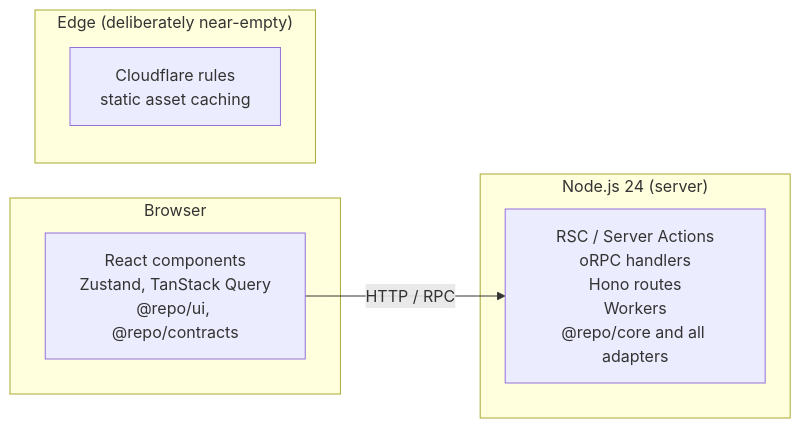
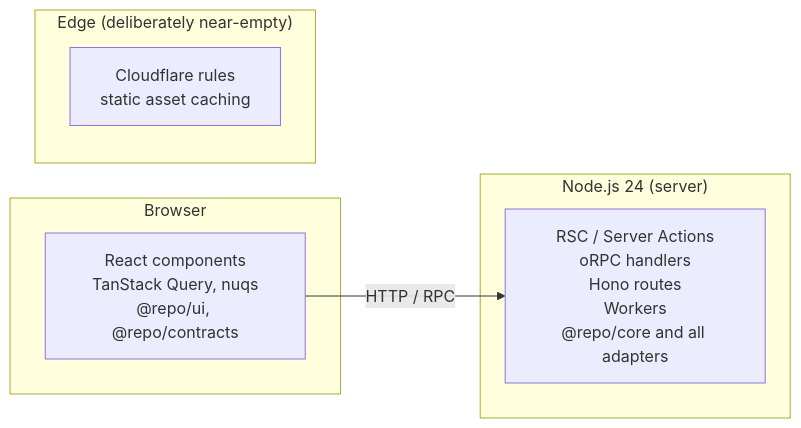
The diagram in docs/architecture/01-principles-and-constraints.md (jleveneur/nextjs-boilerplate), drawn with Mermaid before and after one commit. The commit also changed other lines of this file and 32 other files, not shown here.

First line of the commit message:
docs(architecture): rewrite docs as the implemented system

````diff
--- a/docs/architecture/01-principles-and-constraints.md
+++ b/docs/architecture/01-principles-and-constraints.md
@@ -128,14 +128,14 @@
 ```mermaid
 flowchart LR
     subgraph browser["Browser"]
-        B1["React components<br/>Zustand, TanStack Query<br/>@repo/ui, @repo/contracts"]
+        B1["React components<br/>TanStack Query, nuqs<br/>@repo/ui, @repo/contracts"]
     end
     subgraph node["Node.js 24 (server)"]
         N1["RSC / Server Actions<br/>oRPC handlers<br/>Hono routes<br/>Workers<br/>@repo/core and all adapters"]
     end
     subgraph edge["Edge (deliberately near-empty)"]
         E1["Cloudflare rules<br/>static asset caching"]
     end
 
     B1 -->|"HTTP / RPC"| N1
 ```
````
